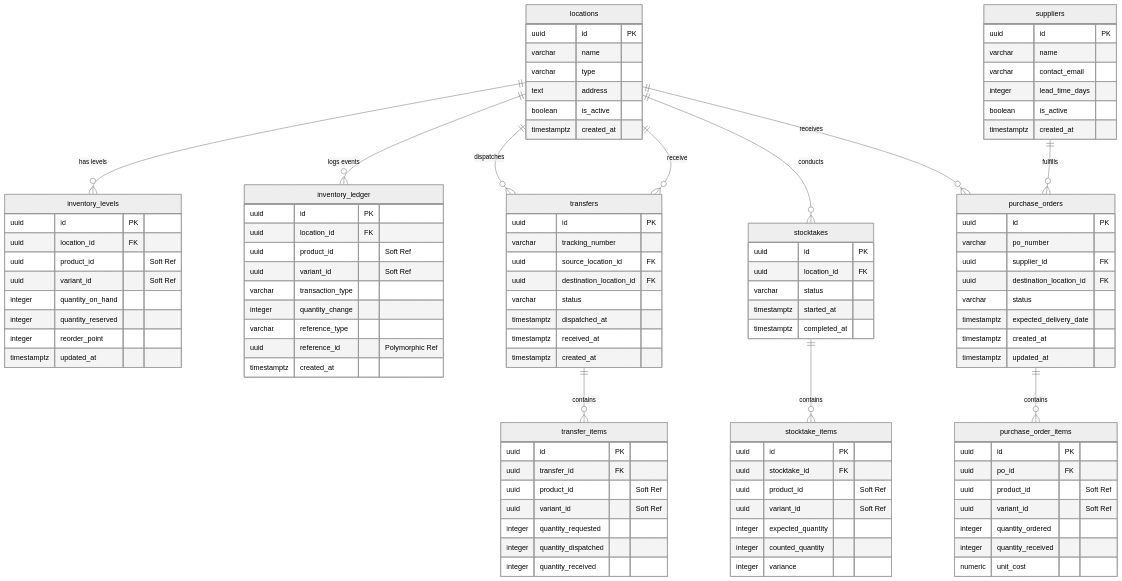
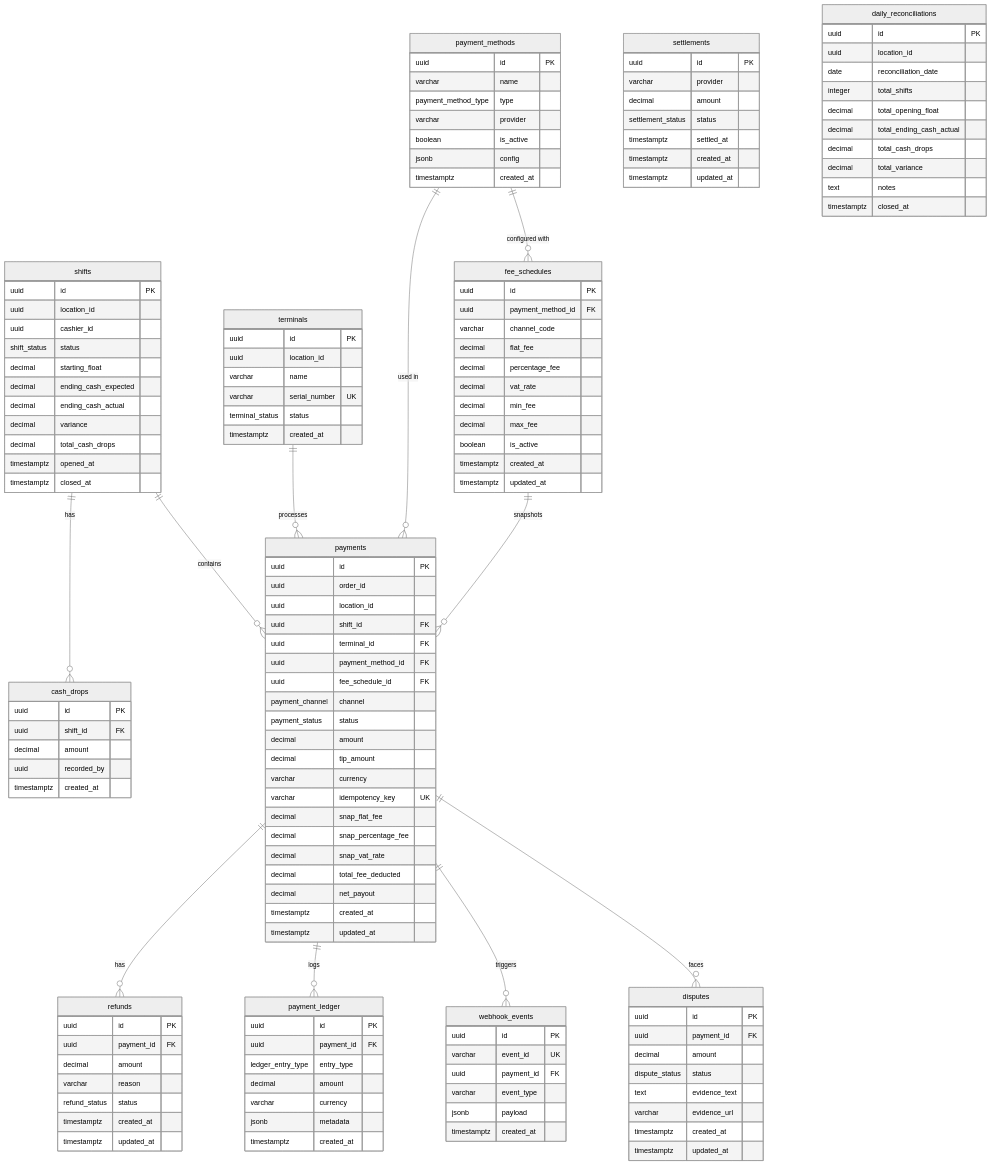
The diagram in README.md (felineeee/fin-ledger-monorepo), drawn with Mermaid (neutral theme) before and after one commit. The commit also changed other lines of this file, not shown here.

````diff
--- a/README.md
+++ b/README.md
@@ -75,120 +75,154 @@
 ```mermaid
 erDiagram
-    %% Relationships
-    locations ||--o{ inventory_levels : "has levels"
-    locations ||--o{ inventory_ledger : "logs events"
-    locations ||--o{ transfers : "dispatches"
-    locations ||--o{ transfers : "receive"
-    locations ||--o{ stocktakes : "conducts"
-    locations ||--o{ purchase_orders : "receives"
-
-
-    suppliers ||--o{ purchase_orders : "fulfills"
-    purchase_orders ||--o{ purchase_order_items : "contains"
-
-    transfers ||--o{ transfer_items : "contains"
-
-    stocktakes ||--o{ stocktake_items : "contains"
-
-    %% Tables
-    locations {
+    payment_methods {
         uuid id PK
         varchar name
-        varchar type
-        text address
+        payment_method_type type
+        varchar provider
         boolean is_active
+        jsonb config
         timestamptz created_at
     }
 
-    inventory_levels {
+    terminals {
         uuid id PK
-        uuid location_id FK
-        uuid product_id "Soft Ref"
-        uuid variant_id "Soft Ref"
-        integer quantity_on_hand
-        integer quantity_reserved
-        integer reorder_point
-        timestamptz updated_at
-    }
-
-    inventory_ledger {
-        uuid id PK
-        uuid location_id FK
-        uuid product_id "Soft Ref"
-        uuid variant_id "Soft Ref"
-        varchar transaction_type
-        integer quantity_change
-        varchar reference_type
-        uuid reference_id "Polymorphic Ref"
+        uuid location_id
+        varchar name
+        varchar serial_number UK
+        terminal_status status
         timestamptz created_at
     }
 
-    suppliers {
+    shifts {
         uuid id PK
-        varchar name
-        varchar contact_email
-        integer lead_time_days
-        boolean is_active
+        uuid location_id
+        uuid cashier_id
+        shift_status status
+        decimal starting_float
+        decimal ending_cash_expected
+        decimal ending_cash_actual
+        decimal variance
+        decimal total_cash_drops
+        timestamptz opened_at
+        timestamptz closed_at
+    }
+
+    cash_drops {
+        uuid id PK
+        uuid shift_id FK
+        decimal amount
+        uuid recorded_by
         timestamptz created_at
     }
 
-    purchase_orders {
+    fee_schedules {
         uuid id PK
-        varchar po_number
-        uuid supplier_id FK
-        uuid destination_location_id FK
-        varchar status
-        timestamptz expected_delivery_date
+        uuid payment_method_id FK
+        varchar channel_code
+        decimal flat_fee
+        decimal percentage_fee
+        decimal vat_rate
+        decimal min_fee
+        decimal max_fee
+        boolean is_active
         timestamptz created_at
         timestamptz updated_at
     }
 
-    purchase_order_items {
+    payments {
         uuid id PK
-        uuid po_id FK
-        uuid product_id "Soft Ref"
-        uuid variant_id "Soft Ref"
-        integer quantity_ordered
-        integer quantity_received
-        numeric unit_cost
+        uuid order_id
+        uuid location_id
+        uuid shift_id FK
+        uuid terminal_id FK
+        uuid payment_method_id FK
+        uuid fee_schedule_id FK
+        payment_channel channel
+        payment_status status
+        decimal amount
+        decimal tip_amount
+        varchar currency
+        varchar idempotency_key UK
+        decimal snap_flat_fee
+        decimal snap_percentage_fee
+        decimal snap_vat_rate
+        decimal total_fee_deducted
+        decimal net_payout
+        timestamptz created_at
+        timestamptz updated_at
     }
 
-    transfers {
+    refunds {
         uuid id PK
-        varchar tracking_number
-        uuid source_location_id FK
-        uuid destination_location_id FK
-        varchar status
-        timestamptz dispatched_at
-        timestamptz received_at
+        uuid payment_id FK
+        decimal amount
+        varchar reason
+        refund_status status
+        timestamptz created_at
+        timestamptz updated_at
+    }
+
+    payment_ledger {
+        uuid id PK
+        uuid payment_id FK
+        ledger_entry_type entry_type
+        decimal amount
+        varchar currency
+        jsonb metadata
         timestamptz created_at
     }
 
-    transfer_items {
+    webhook_events {
         uuid id PK
-        uuid transfer_id FK
-        uuid product_id "Soft Ref"
-        uuid variant_id "Soft Ref"
-        integer quantity_requested
-        integer quantity_dispatched
-        integer quantity_received
+        varchar event_id UK
+        uuid payment_id FK
+        varchar event_type
+        jsonb payload
+        timestamptz created_at
     }
 
-    stocktakes {
+    disputes {
         uuid id PK
-        uuid location_id FK
-        varchar status
-        timestamptz started_at
-        timestamptz completed_at
+        uuid payment_id FK
+        decimal amount
+        dispute_status status
+        text evidence_text
+        varchar evidence_url
+        timestamptz created_at
+        timestamptz updated_at
     }
 
-    stocktake_items {
+    settlements {
         uuid id PK
-        uuid stocktake_id FK
-        uuid product_id "Soft Ref"
-        uuid variant_id "Soft Ref"
-        integer expected_quantity
-        integer counted_quantity
-        integer variance
+        varchar provider
+        decimal amount
+        settlement_status status
+        timestamptz settled_at
+        timestamptz created_at
+        timestamptz updated_at
     }
+
+    daily_reconciliations {
+        uuid id PK
+        uuid location_id
+        date reconciliation_date
+        integer total_shifts
+        decimal total_opening_float
+        decimal total_ending_cash_actual
+        decimal total_cash_drops
+        decimal total_variance
+        text notes
+        timestamptz closed_at
+    }
+
+    shifts ||--o{ cash_drops : "has"
+    shifts ||--o{ payments : "contains"
+    terminals ||--o{ payments : "processes"
+    payment_methods ||--o{ fee_schedules : "configured with"
+    payment_methods ||--o{ payments : "used in"
+    fee_schedules ||--o{ payments : "snapshots"
+    payments ||--o{ refunds : "has"
+    payments ||--o{ payment_ledger : "logs"
+    payments ||--o{ webhook_events : "triggers"
+    payments ||--o{ disputes : "faces"
 ```
````
